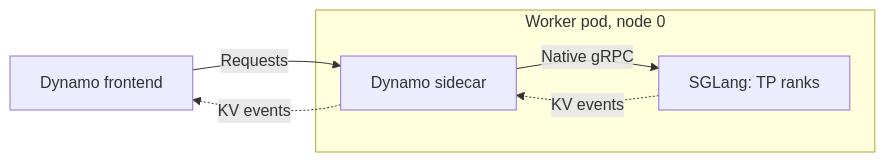
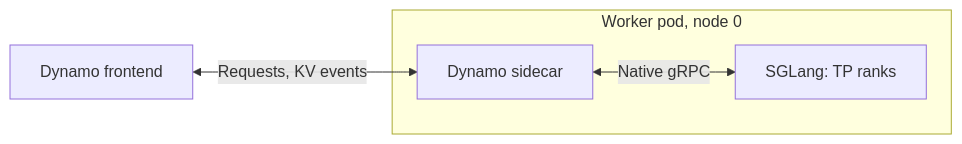
One commit to ai-dynamo/dynamo changed the first of 3 diagrams in docs/fern/pages/developer-guide/knowledge-base/modular-components/backends/sglang/sidecar.md. Above: the diagram before and after it, drawn with Mermaid. The commit also changed other lines of this file and 6 other files, not shown here.

Commit message:
docs(sidecar): simplify topology diagrams for Fern rendering

````diff
--- a/docs/fern/pages/developer-guide/knowledge-base/modular-components/backends/sglang/sidecar.md
+++ b/docs/fern/pages/developer-guide/knowledge-base/modular-components/backends/sglang/sidecar.md
@@ -62,10 +63,7 @@
 ```mermaid
 flowchart LR
-  F[Dynamo frontend]
+  F[Dynamo frontend] <-->|Requests, KV events| S
   subgraph P[Worker pod, node 0]
-    S[Dynamo sidecar] -->|Native gRPC| E[SGLang: TP ranks]
-    E -.->|KV events| S
+    S[Dynamo sidecar] <-->|Native gRPC| E[SGLang: TP ranks]
   end
-  F -->|Requests| S
-  S -.->|KV events| F
 ```
````
